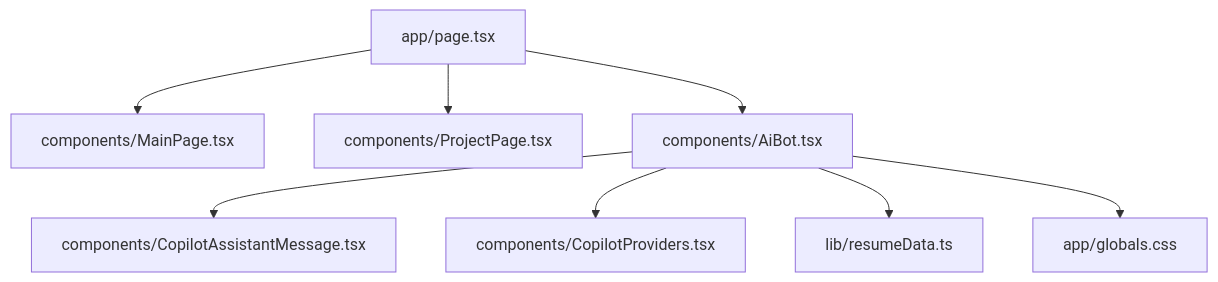
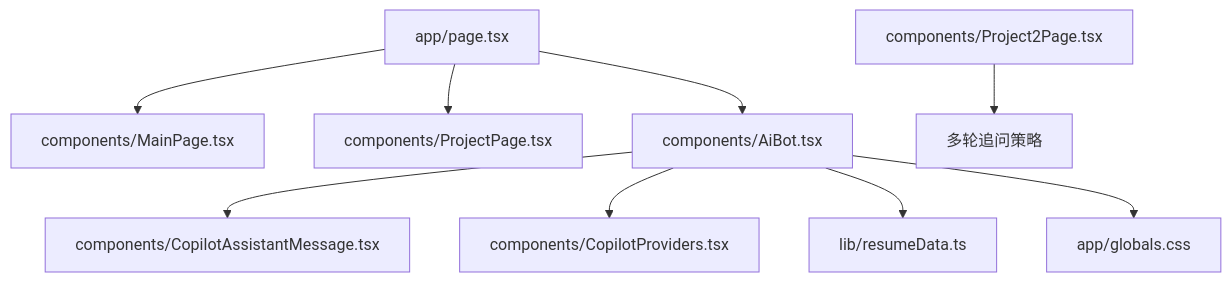
Before and after one commit to Fuqianjiao/General_Introduction_AIPM: the first of 9 diagrams in .qoder/repowiki/zh/content/AI 助手系统/AI 助手界面设计.md, drawn with Mermaid. The commit also changed other lines of this file and 9 other files, not shown here.

````diff
--- a/.qoder/repowiki/zh/content/AI 助手系统/AI 助手界面设计.md
+++ b/.qoder/repowiki/zh/content/AI 助手系统/AI 助手界面设计.md
@@ -41,10 +52,11 @@
 ```mermaid
 graph TB
 A["app/page.tsx"] --> B["components/MainPage.tsx"]
 A --> C["components/ProjectPage.tsx"]
 A --> D["components/AiBot.tsx"]
 D --> E["components/CopilotAssistantMessage.tsx"]
 D --> F["components/CopilotProviders.tsx"]
 D --> G["lib/resumeData.ts"]
 D --> H["app/globals.css"]
+I["components/Project2Page.tsx"] --> J["多轮追问策略"]
 ```
````
